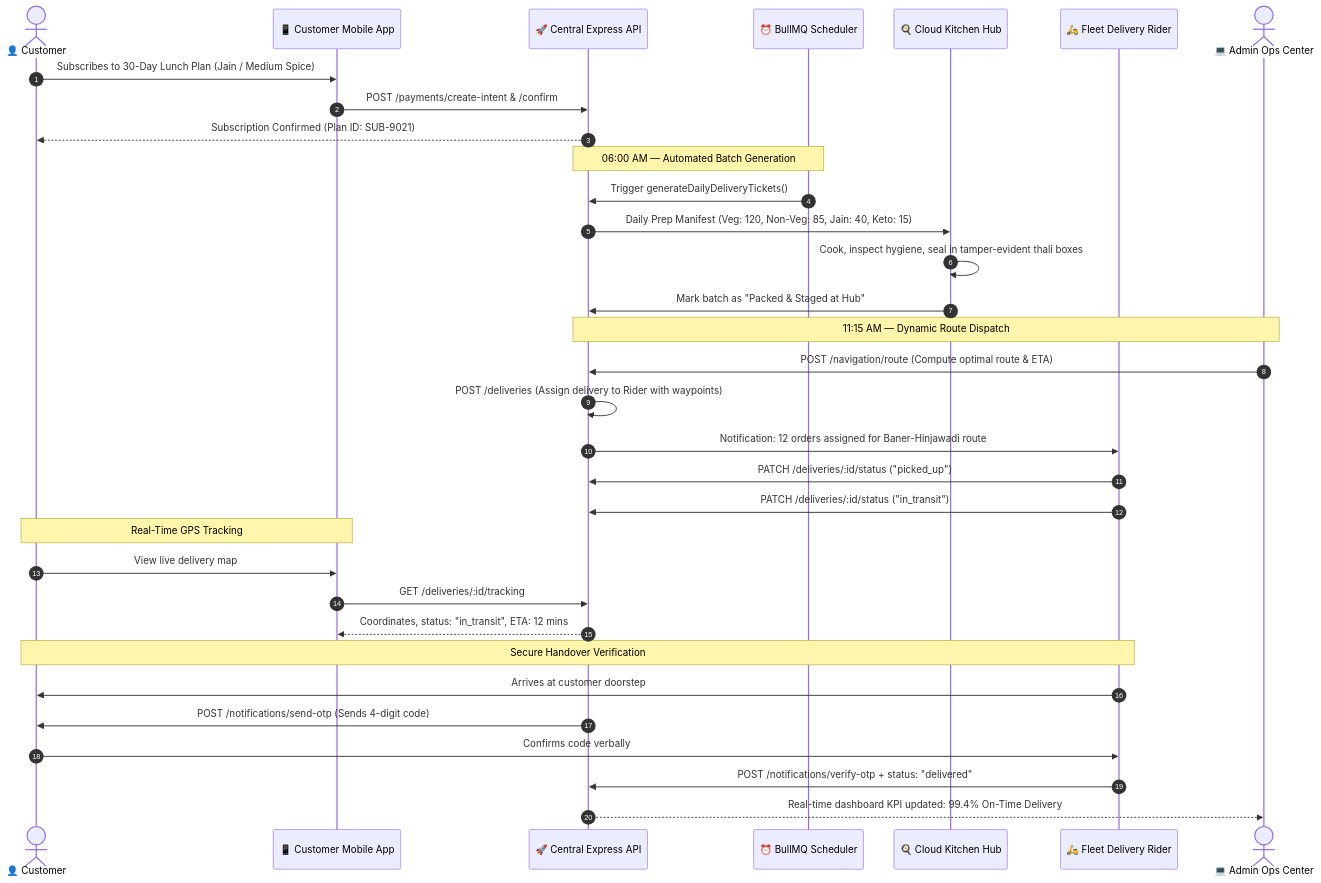
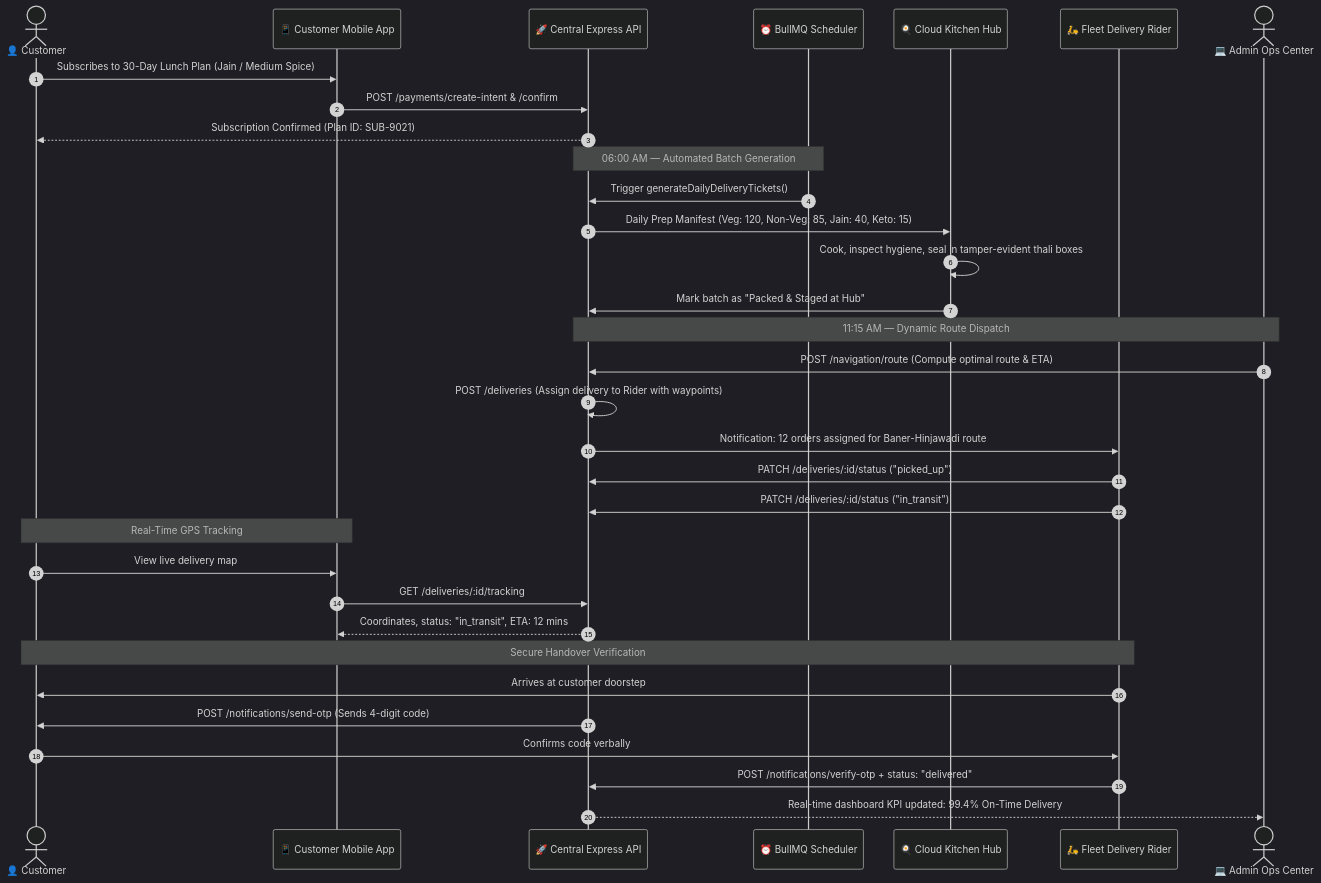
The first of 7 diagrams in README.md (Gaurav-Khaladkar/UrbanThali-Foods), drawn with Mermaid before and after one commit. The commit also changed other lines of this file and 4 other files, not shown here.

````diff
--- a/README.md
+++ b/README.md
@@ -234,41 +116,42 @@
 ```mermaid
+%%{init: {'theme': 'dark', 'themeVariables': { 'darkMode': true, 'background': '#090D16', 'primaryColor': '#F59E0B', 'primaryTextColor': '#FFFFFF', 'primaryBorderColor': '#D97706', 'lineColor': '#00F0FF', 'secondaryColor': '#00F59B', 'tertiaryColor': '#8B5CF6' }}}%%
 sequenceDiagram
     autonumber
     actor Customer as 👤 Customer
     participant Mobile as 📱 Customer Mobile App
     participant API as 🚀 Central Express API
     participant Batch as ⏰ BullMQ Scheduler
     participant Kitchen as 🍳 Cloud Kitchen Hub
     participant Rider as 🛵 Fleet Delivery Rider
     actor Admin as 💻 Admin Ops Center
 
     Customer->>Mobile: Subscribes to 30-Day Lunch Plan (Jain / Medium Spice)
     Mobile->>API: POST /payments/create-intent & /confirm
     API-->>Customer: Subscription Confirmed (Plan ID: SUB-9021)
 
     Note over Batch,API: 06:00 AM — Automated Batch Generation
     Batch->>API: Trigger generateDailyDeliveryTickets()
     API->>Kitchen: Daily Prep Manifest (Veg: 120, Non-Veg: 85, Jain: 40, Keto: 15)
     Kitchen->>Kitchen: Cook, inspect hygiene, seal in tamper-evident thali boxes
     Kitchen->>API: Mark batch as "Packed & Staged at Hub"
 
     Note over API,Admin: 11:15 AM — Dynamic Route Dispatch
     Admin->>API: POST /navigation/route (Compute optimal route & ETA)
     API->>API: POST /deliveries (Assign delivery to Rider with waypoints)
     API->>Rider: Notification: 12 orders assigned for Baner-Hinjawadi route
     
     Rider->>API: PATCH /deliveries/:id/status ("picked_up")
     Rider->>API: PATCH /deliveries/:id/status ("in_transit")
 
     Note over Customer,Mobile: Real-Time GPS Tracking
     Customer->>Mobile: View live delivery map
     Mobile->>API: GET /deliveries/:id/tracking
     API-->>Mobile: Coordinates, status: "in_transit", ETA: 12 mins
     
     Note over Rider,Customer: Secure Handover Verification
     Rider->>Customer: Arrives at customer doorstep
     API->>Customer: POST /notifications/send-otp (Sends 4-digit code)
     Customer->>Rider: Confirms code verbally
     Rider->>API: POST /notifications/verify-otp + status: "delivered"
     API-->>Admin: Real-time dashboard KPI updated: 99.4% On-Time Delivery
 ```
````
